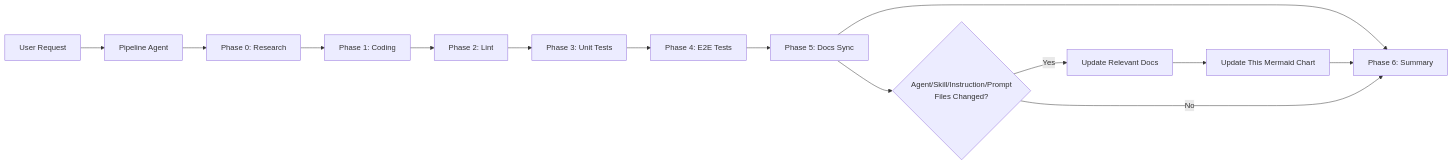
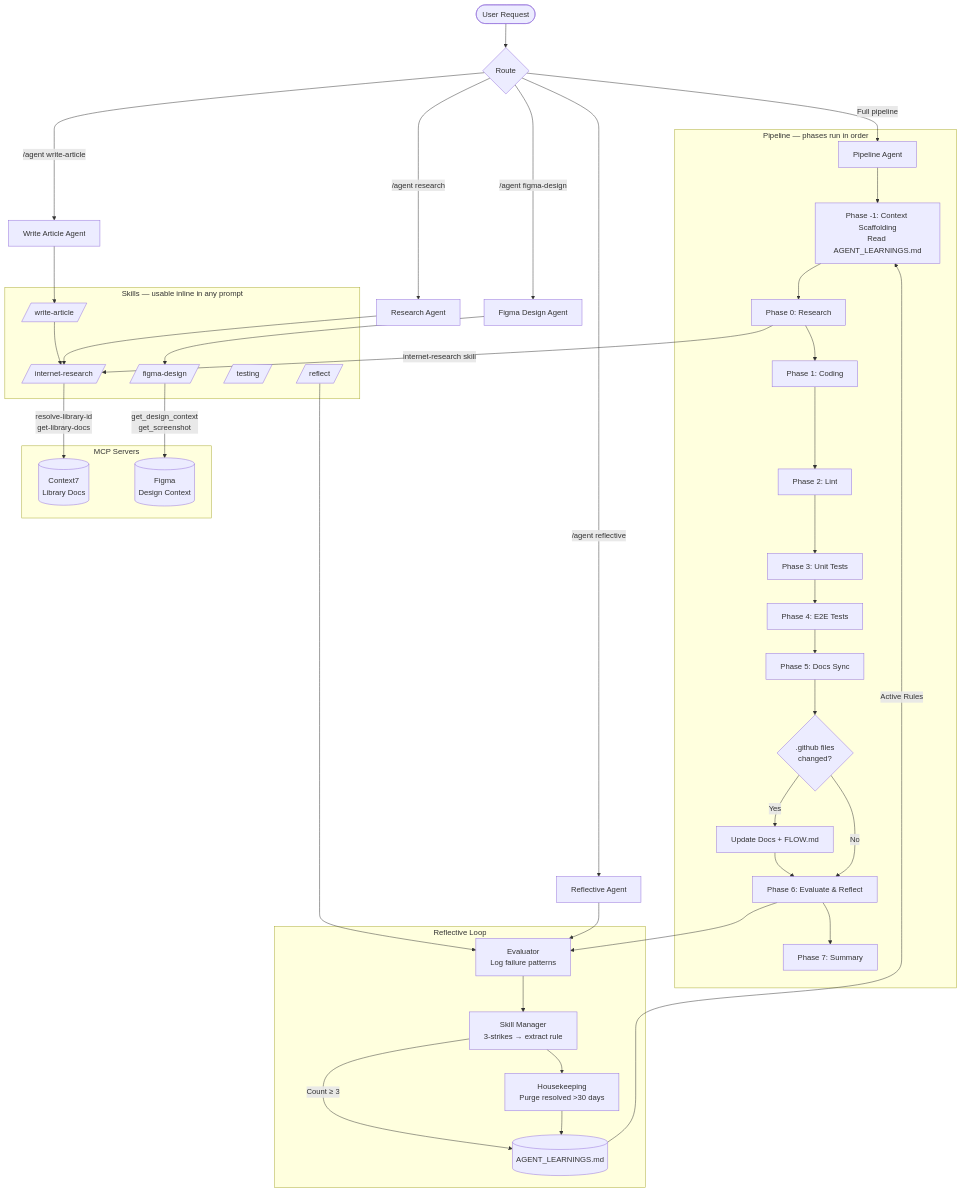
One commit to Loonz206/lennypeters changed the diagram in .github/FLOW.md. Above: the diagram before and after it, drawn with Mermaid. The commit also changed other lines of this file and 15 other files, not shown here.

First line of the commit message:
feat: ✨ implement agent learning framework and reflective capabilities

````diff
--- a/.github/FLOW.md
+++ b/.github/FLOW.md
@@ -7,17 +7,64 @@
 ```mermaid
-flowchart LR
-    A[User Request] --> B[Pipeline Agent]
-    B --> C[Phase 0: Research]
-    C --> D[Phase 1: Coding]
-    D --> E[Phase 2: Lint]
-    E --> F[Phase 3: Unit Tests]
-    F --> G[Phase 4: E2E Tests]
-    G --> H[Phase 5: Docs Sync]
-    H --> I[Phase 6: Summary]
+flowchart TD
+    A([User Request]) --> R{Route}
 
-    H --> J{Agent/Skill/Instruction/Prompt\nFiles Changed?}
-    J -->|Yes| K[Update Relevant Docs]
-    K --> L[Update This Mermaid Chart]
-    L --> I
-    J -->|No| I
+    R -->|Full pipeline| PL[Pipeline Agent]
+    R -->|/agent figma-design| FD[Figma Design Agent]
+    R -->|/agent write-article| WA[Write Article Agent]
+    R -->|/agent research| RA[Research Agent]
+    R -->|/agent reflective| RF[Reflective Agent]
+
+    subgraph pipeline [Pipeline — phases run in order]
+        PL --> CS[Phase -1: Context Scaffolding\nRead AGENT_LEARNINGS.md]
+        CS --> P0[Phase 0: Research]
+        P0 --> P1[Phase 1: Coding]
+        P1 --> P2[Phase 2: Lint]
+        P2 --> P3[Phase 3: Unit Tests]
+        P3 --> P4[Phase 4: E2E Tests]
+        P4 --> P5[Phase 5: Docs Sync]
+        P5 --> DC{.github files\nchanged?}
+        DC -->|Yes| DU[Update Docs + FLOW.md]
+        DU --> P6[Phase 6: Evaluate & Reflect]
+        DC -->|No| P6
+        P6 --> P7[Phase 7: Summary]
+    end
+
+    subgraph skills [Skills — usable inline in any prompt]
+        SK_IR[/internet-research/]
+        SK_FG[/figma-design/]
+        SK_TS[/testing/]
+        SK_WA[/write-article/]
+        SK_RF[/reflect/]
+    end
+
+    subgraph mcp [MCP Servers]
+        MCP_C7[(Context7\nLibrary Docs)]
+        MCP_FG[(Figma\nDesign Context)]
+    end
+
+    subgraph reflective [Reflective Loop]
+        AL[(AGENT_LEARNINGS.md)]
+        EV[Evaluator\nLog failure patterns]
+        SM[Skill Manager\n3-strikes → extract rule]
+        HK[Housekeeping\nPurge resolved >30 days]
+        AL -->|Active Rules| CS
+        P6 --> EV
+        EV --> SM
+        SM -->|Count ≥ 3| AL
+        SM --> HK
+        HK --> AL
+    end
+
+    P0 -->|internet-research skill| SK_IR
+    SK_IR -->|resolve-library-id\nget-library-docs| MCP_C7
+
+    FD --> SK_FG
+    SK_FG -->|get_design_context\nget_screenshot| MCP_FG
+
+    SK_WA --> SK_IR
+    SK_RF --> EV
+
+    WA --> SK_WA
+    RA --> SK_IR
+    RF --> EV
 ```
````
